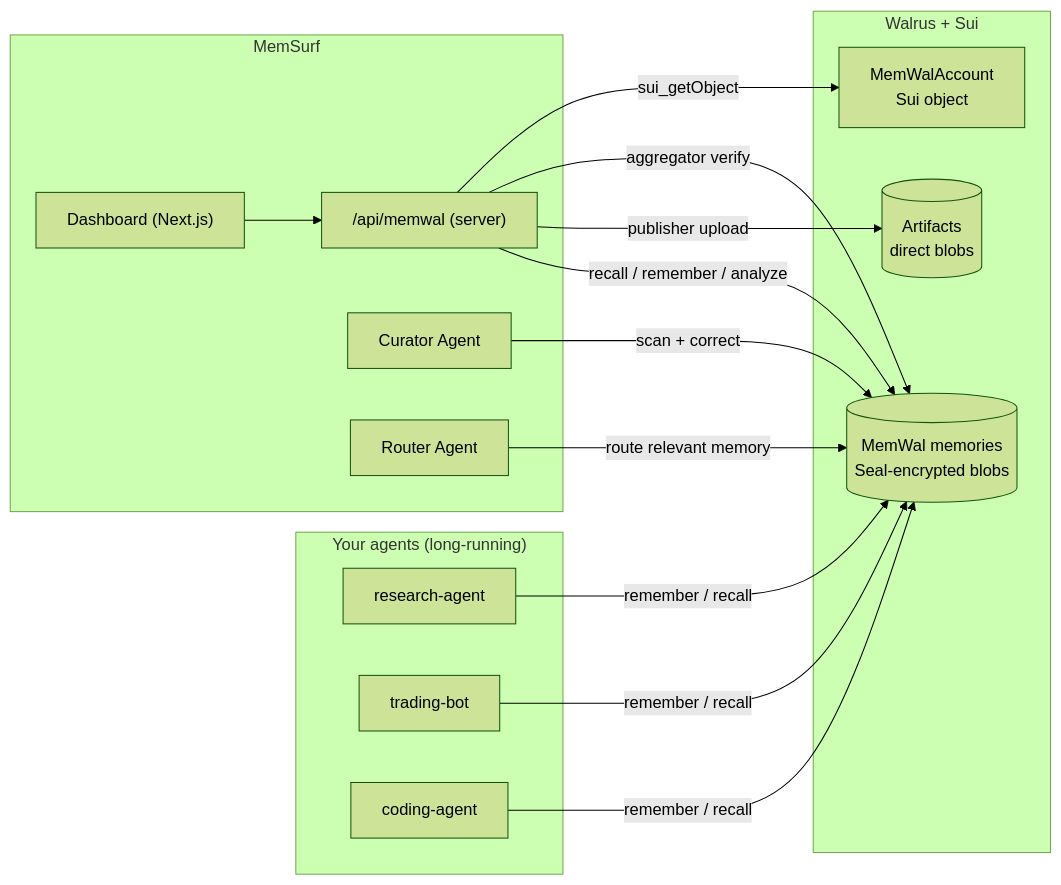
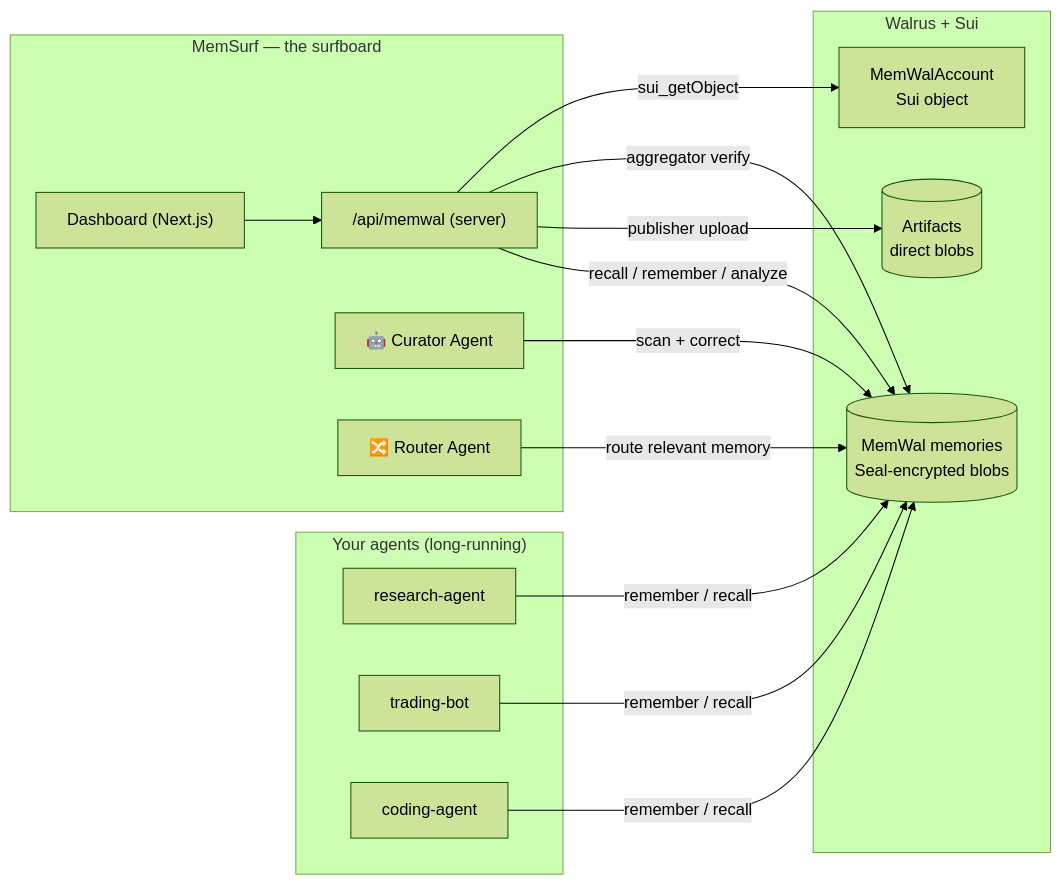
The diagram in README.md (VincenImanuell/MemSurf), drawn with Mermaid (forest theme) before and after one commit. The commit also changed other lines of this file and 1 other file, not shown here.

````diff
--- a/README.md
+++ b/README.md
@@ -111,28 +214,28 @@
 ```mermaid
 flowchart LR
   subgraph Agents["Your agents (long-running)"]
     R["research-agent"]
     T["trading-bot"]
     C["coding-agent"]
   end
-  subgraph MemSurf["MemSurf"]
+  subgraph MemSurf["MemSurf — the surfboard"]
     UI["Dashboard (Next.js)"]
     API["/api/memwal (server)"]
-    CUR["Curator Agent"]
-    ROU["Router Agent"]
+    CUR["🤖 Curator Agent"]
+    ROU["🔀 Router Agent"]
   end
   subgraph Walrus["Walrus + Sui"]
     MEM[("MemWal memories<br/>Seal-encrypted blobs")]
     ART[("Artifacts<br/>direct blobs")]
     OBJ["MemWalAccount<br/>Sui object"]
   end
 
   R & T & C -- "remember / recall" --> MEM
   UI --> API
   API -- "recall / remember / analyze" --> MEM
   API -- "publisher upload" --> ART
   API -- "aggregator verify" --> MEM
   API -- "sui_getObject" --> OBJ
   ROU -- "route relevant memory" --> MEM
   CUR -- "scan + correct" --> MEM
 ```
````
